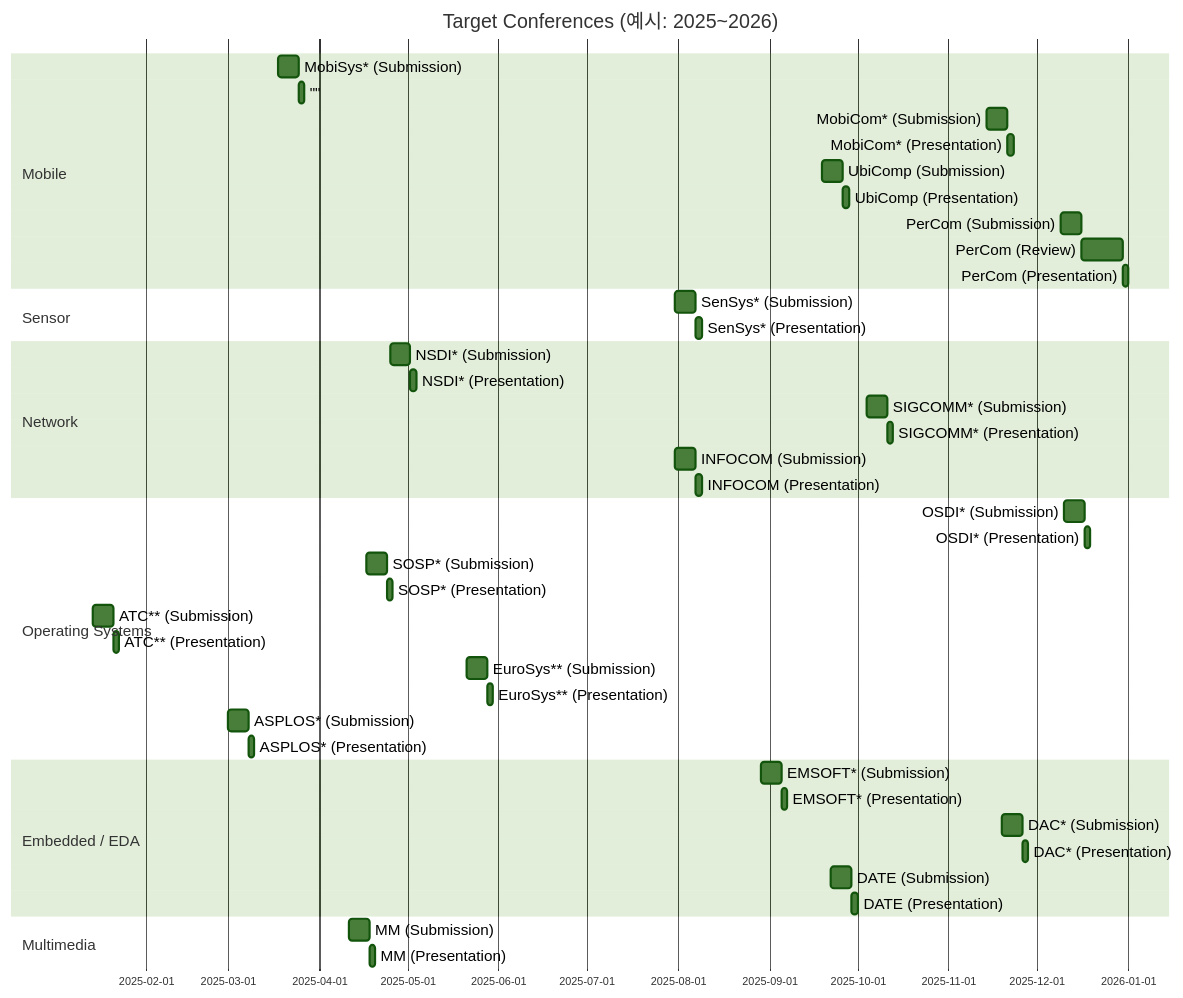
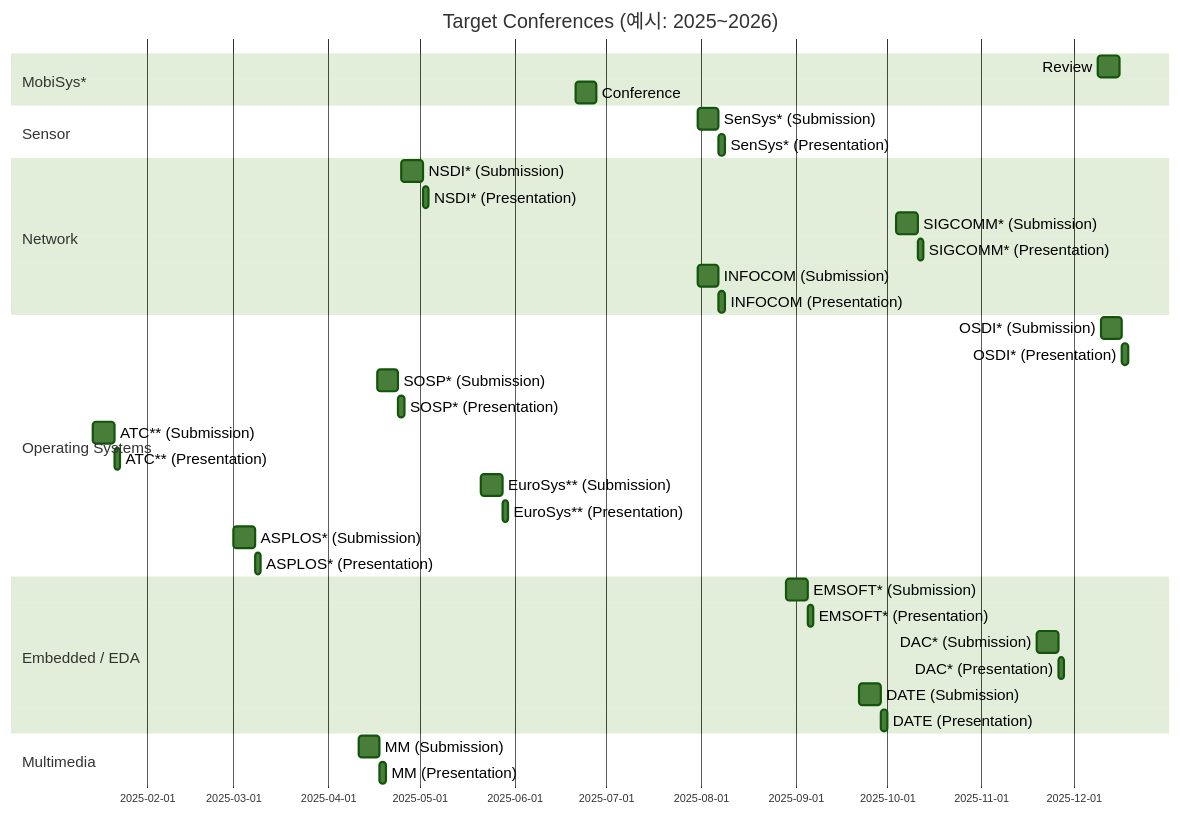
The diagram in README.md (iamseonghoon/Mobile-Systems-Conference-Timelines), drawn with Mermaid before and after one commit. The commit also changed other lines of this file, not shown here.

````diff
--- a/README.md
+++ b/README.md
@@ -5,76 +5,69 @@
 ```mermaid
 %%{init: {'theme': 'forest',
 'themeVariables': { 'fontSize': '12px', 'fontFamily': 'sans-serif'},
 "gantt": {
       "fontSize": 14,
       "sectionFontSize": 14
   }}}%%
 gantt
     dateFormat  YYYY-MM-DD
     title Target Conferences (예시: 2025~2026)
 
     %% --------------------------
     %% Mobile
     %% --------------------------
-    section Mobile
-    MobiSys* (Submission)       :ms-sub,    2025-03-18, 7d
-    ""                            :ms-pres,   after ms-sub, 2d
-    MobiCom* (Submission)       :mc-sub,    2025-11-14, 7d
-    MobiCom* (Presentation)     :mc-pres,   after mc-sub, 2d
-    UbiComp (Submission)        :ubi-sub,   2025-09-19, 7d
-    UbiComp (Presentation)      :ubi-pres,  after ubi-sub, 2d
-    PerCom (Submission)         :per-sub,   2025-12-09, 7d
-    PerCom (Review)             :per-rev,   after per-sub, 14d
-    PerCom (Presentation)       :per-pres,  after per-rev, 2d
+    section MobiSys*
+    Review          :mobisys-review,    2025-12-09, 7d
+    Conference      :mobisys-conf,    2025-06-21, 7d
 
     %% --------------------------
     %% Sensor
     %% --------------------------
     section Sensor
     SenSys* (Submission)        :sens-sub,  2025-07-31, 7d
     SenSys* (Presentation)      :sens-pres, after sens-sub, 2d
 
     %% --------------------------
     %% Network
     %% --------------------------
     section Network
     NSDI* (Submission)          :nsdi-sub,  2025-04-25, 7d
     NSDI* (Presentation)        :nsdi-pres, after nsdi-sub, 2d
     SIGCOMM* (Submission)       :sig-sub,   2025-10-04, 7d
     SIGCOMM* (Presentation)     :sig-pres,  after sig-sub, 2d
     INFOCOM (Submission)        :info-sub,  2025-07-31, 7d
     INFOCOM (Presentation)      :info-pres, after info-sub, 2d
 
     %% --------------------------
     %% Operating Systems
     %% --------------------------
     section Operating Systems
     OSDI* (Submission)          :osdi-sub,  2025-12-10, 7d
     OSDI* (Presentation)        :osdi-pres, after osdi-sub, 2d
     SOSP* (Submission)          :sosp-sub,  2025-04-17, 7d
     SOSP* (Presentation)        :sosp-pres, after sosp-sub, 2d
     ATC** (Submission)          :atc-sub,   2025-01-14, 7d
     ATC** (Presentation)        :atc-pres,  after atc-sub, 2d
     EuroSys** (Submission)      :euros-sub, 2025-05-21, 7d
     EuroSys** (Presentation)    :euros-pres,after euros-sub, 2d
     ASPLOS* (Submission)        :aspl-sub,  2025-03-01, 7d
     ASPLOS* (Presentation)      :aspl-pres, after aspl-sub, 2d
 
     %% --------------------------
     %% Embedded / EDA
     %% --------------------------
     section Embedded / EDA
     EMSOFT* (Submission)        :ems-sub,   2025-08-29, 7d
     EMSOFT* (Presentation)      :ems-pres,  after ems-sub, 2d
     DAC* (Submission)           :dac-sub,   2025-11-19, 7d
     DAC* (Presentation)         :dac-pres,  after dac-sub, 2d
     DATE (Submission)           :date-sub,  2025-09-22, 7d
     DATE (Presentation)         :date-pres, after date-sub, 2d
 
     %% --------------------------
     %% Multimedia
     %% --------------------------
     section Multimedia
     MM (Submission)             :mm-sub,    2025-04-11, 7d
     MM (Presentation)           :mm-pres,   after mm-sub, 2d
 ```
````
